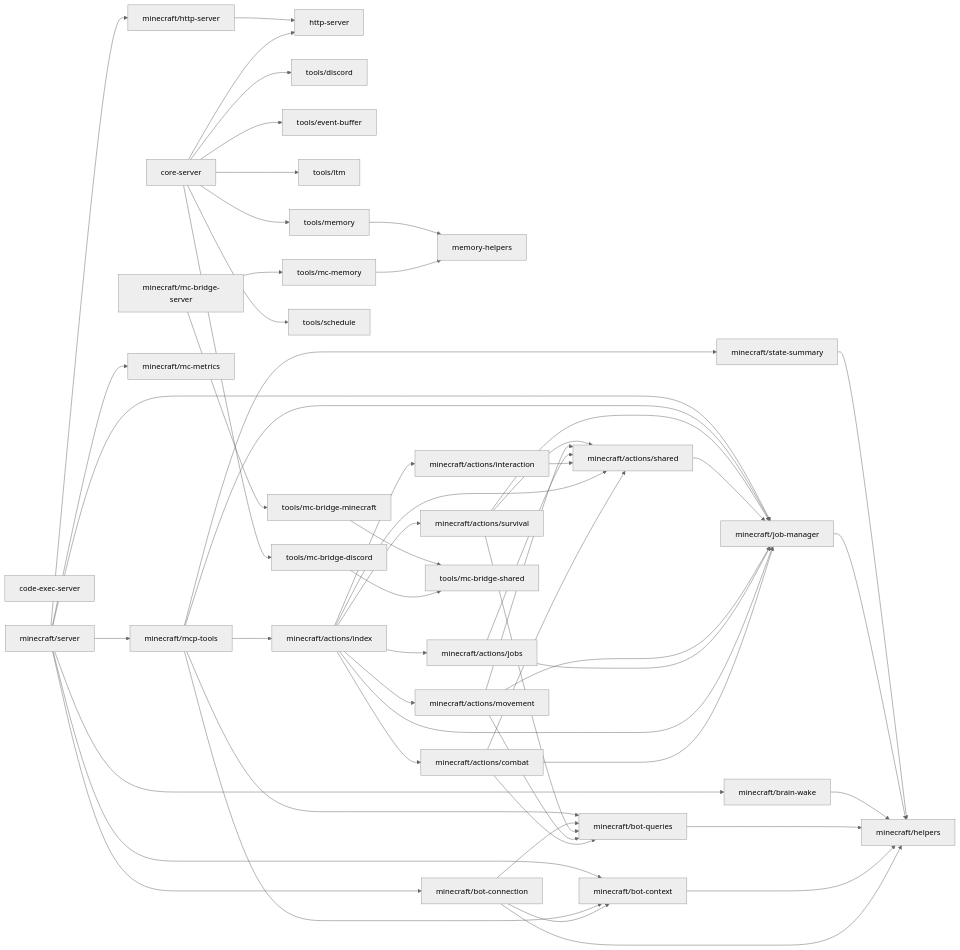
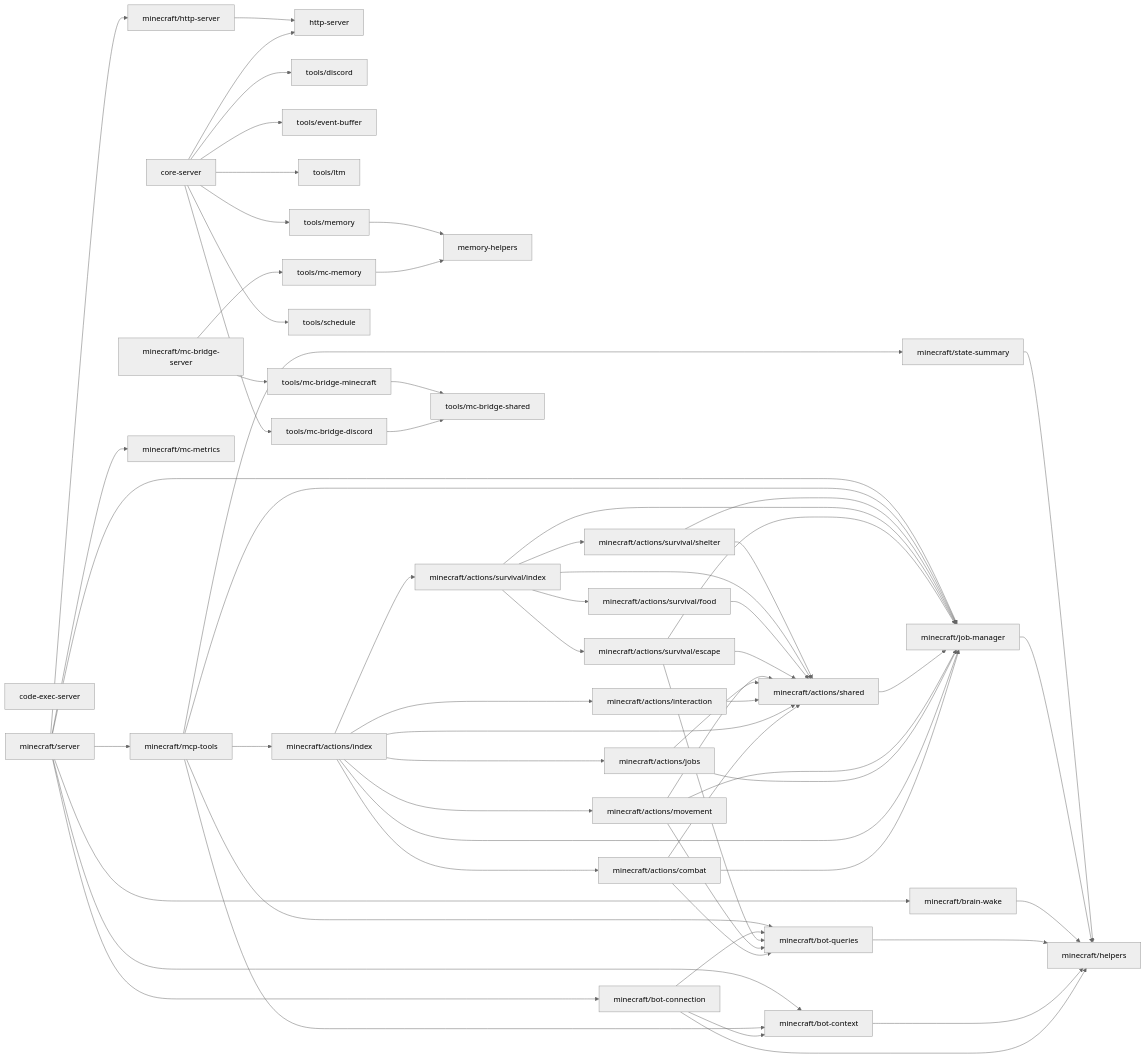
Before and after one commit to OJII3/vicissitude: the diagram in src/mcp/DEPS.md, drawn with Mermaid (neutral theme). The commit also changed other lines of this file and 24 other files, not shown here.

````diff
--- a/src/mcp/DEPS.md
+++ b/src/mcp/DEPS.md
@@ -7,67 +7,75 @@
 ```mermaid
 graph LR
   code_exec_server["code-exec-server"]
   core_server["core-server"] --> http_server["http-server"]
   core_server["core-server"] --> tools_discord["tools/discord"]
   core_server["core-server"] --> tools_event_buffer["tools/event-buffer"]
   core_server["core-server"] --> tools_ltm["tools/ltm"]
   core_server["core-server"] --> tools_mc_bridge_discord["tools/mc-bridge-discord"]
   core_server["core-server"] --> tools_memory["tools/memory"]
   core_server["core-server"] --> tools_schedule["tools/schedule"]
   http_server["http-server"]
   memory_helpers["memory-helpers"]
   minecraft_actions_combat["minecraft/actions/combat"] --> minecraft_actions_shared["minecraft/actions/shared"]
   minecraft_actions_combat["minecraft/actions/combat"] --> minecraft_bot_queries["minecraft/bot-queries"]
   minecraft_actions_combat["minecraft/actions/combat"] --> minecraft_job_manager["minecraft/job-manager"]
   minecraft_actions_index["minecraft/actions/index"] --> minecraft_actions_combat["minecraft/actions/combat"]
   minecraft_actions_index["minecraft/actions/index"] --> minecraft_actions_interaction["minecraft/actions/interaction"]
   minecraft_actions_index["minecraft/actions/index"] --> minecraft_actions_jobs["minecraft/actions/jobs"]
   minecraft_actions_index["minecraft/actions/index"] --> minecraft_actions_movement["minecraft/actions/movement"]
   minecraft_actions_index["minecraft/actions/index"] --> minecraft_actions_shared["minecraft/actions/shared"]
-  minecraft_actions_index["minecraft/actions/index"] --> minecraft_actions_survival["minecraft/actions/survival"]
+  minecraft_actions_index["minecraft/actions/index"] --> minecraft_actions_survival_index["minecraft/actions/survival/index"]
   minecraft_actions_index["minecraft/actions/index"] --> minecraft_job_manager["minecraft/job-manager"]
   minecraft_actions_interaction["minecraft/actions/interaction"] --> minecraft_actions_shared["minecraft/actions/shared"]
   minecraft_actions_jobs["minecraft/actions/jobs"] --> minecraft_actions_shared["minecraft/actions/shared"]
   minecraft_actions_jobs["minecraft/actions/jobs"] --> minecraft_job_manager["minecraft/job-manager"]
   minecraft_actions_movement["minecraft/actions/movement"] --> minecraft_actions_shared["minecraft/actions/shared"]
   minecraft_actions_movement["minecraft/actions/movement"] --> minecraft_bot_queries["minecraft/bot-queries"]
   minecraft_actions_movement["minecraft/actions/movement"] --> minecraft_job_manager["minecraft/job-manager"]
   minecraft_actions_shared["minecraft/actions/shared"] --> minecraft_job_manager["minecraft/job-manager"]
-  minecraft_actions_survival["minecraft/actions/survival"] --> minecraft_actions_shared["minecraft/actions/shared"]
-  minecraft_actions_survival["minecraft/actions/survival"] --> minecraft_bot_queries["minecraft/bot-queries"]
-  minecraft_actions_survival["minecraft/actions/survival"] --> minecraft_job_manager["minecraft/job-manager"]
+  minecraft_actions_survival_escape["minecraft/actions/survival/escape"] --> minecraft_actions_shared["minecraft/actions/shared"]
+  minecraft_actions_survival_escape["minecraft/actions/survival/escape"] --> minecraft_bot_queries["minecraft/bot-queries"]
+  minecraft_actions_survival_escape["minecraft/actions/survival/escape"] --> minecraft_job_manager["minecraft/job-manager"]
+  minecraft_actions_survival_food["minecraft/actions/survival/food"] --> minecraft_actions_shared["minecraft/actions/shared"]
+  minecraft_actions_survival_index["minecraft/actions/survival/index"] --> minecraft_actions_shared["minecraft/actions/shared"]
+  minecraft_actions_survival_index["minecraft/actions/survival/index"] --> minecraft_actions_survival_escape["minecraft/actions/survival/escape"]
+  minecraft_actions_survival_index["minecraft/actions/survival/index"] --> minecraft_actions_survival_food["minecraft/actions/survival/food"]
+  minecraft_actions_survival_index["minecraft/actions/survival/index"] --> minecraft_actions_survival_shelter["minecraft/actions/survival/shelter"]
+  minecraft_actions_survival_index["minecraft/actions/survival/index"] --> minecraft_job_manager["minecraft/job-manager"]
+  minecraft_actions_survival_shelter["minecraft/actions/survival/shelter"] --> minecraft_actions_shared["minecraft/actions/shared"]
+  minecraft_actions_survival_shelter["minecraft/actions/survival/shelter"] --> minecraft_job_manager["minecraft/job-manager"]
   minecraft_bot_connection["minecraft/bot-connection"] --> minecraft_bot_context["minecraft/bot-context"]
   minecraft_bot_connection["minecraft/bot-connection"] --> minecraft_bot_queries["minecraft/bot-queries"]
   minecraft_bot_connection["minecraft/bot-connection"] --> minecraft_helpers["minecraft/helpers"]
   minecraft_bot_context["minecraft/bot-context"] --> minecraft_helpers["minecraft/helpers"]
   minecraft_bot_queries["minecraft/bot-queries"] --> minecraft_helpers["minecraft/helpers"]
   minecraft_brain_wake["minecraft/brain-wake"] --> minecraft_helpers["minecraft/helpers"]
   minecraft_helpers["minecraft/helpers"]
   minecraft_http_server["minecraft/http-server"] --> http_server["http-server"]
   minecraft_job_manager["minecraft/job-manager"] --> minecraft_helpers["minecraft/helpers"]
   minecraft_mc_bridge_server["minecraft/mc-bridge-server"] --> tools_mc_bridge_minecraft["tools/mc-bridge-minecraft"]
   minecraft_mc_bridge_server["minecraft/mc-bridge-server"] --> tools_mc_memory["tools/mc-memory"]
   minecraft_mc_metrics["minecraft/mc-metrics"]
   minecraft_mcp_tools["minecraft/mcp-tools"] --> minecraft_actions_index["minecraft/actions/index"]
   minecraft_mcp_tools["minecraft/mcp-tools"] --> minecraft_bot_context["minecraft/bot-context"]
   minecraft_mcp_tools["minecraft/mcp-tools"] --> minecraft_bot_queries["minecraft/bot-queries"]
   minecraft_mcp_tools["minecraft/mcp-tools"] --> minecraft_job_manager["minecraft/job-manager"]
   minecraft_mcp_tools["minecraft/mcp-tools"] --> minecraft_state_summary["minecraft/state-summary"]
   minecraft_server["minecraft/server"] --> minecraft_bot_connection["minecraft/bot-connection"]
   minecraft_server["minecraft/server"] --> minecraft_bot_context["minecraft/bot-context"]
   minecraft_server["minecraft/server"] --> minecraft_brain_wake["minecraft/brain-wake"]
   minecraft_server["minecraft/server"] --> minecraft_http_server["minecraft/http-server"]
   minecraft_server["minecraft/server"] --> minecraft_job_manager["minecraft/job-manager"]
   minecraft_server["minecraft/server"] --> minecraft_mc_metrics["minecraft/mc-metrics"]
   minecraft_server["minecraft/server"] --> minecraft_mcp_tools["minecraft/mcp-tools"]
   minecraft_state_summary["minecraft/state-summary"] --> minecraft_helpers["minecraft/helpers"]
   tools_discord["tools/discord"]
   tools_event_buffer["tools/event-buffer"]
   tools_ltm["tools/ltm"]
   tools_mc_bridge_discord["tools/mc-bridge-discord"] --> tools_mc_bridge_shared["tools/mc-bridge-shared"]
   tools_mc_bridge_minecraft["tools/mc-bridge-minecraft"] --> tools_mc_bridge_shared["tools/mc-bridge-shared"]
   tools_mc_bridge_shared["tools/mc-bridge-shared"]
   tools_mc_memory["tools/mc-memory"] --> memory_helpers["memory-helpers"]
   tools_memory["tools/memory"] --> memory_helpers["memory-helpers"]
   tools_schedule["tools/schedule"]
 ```
````
